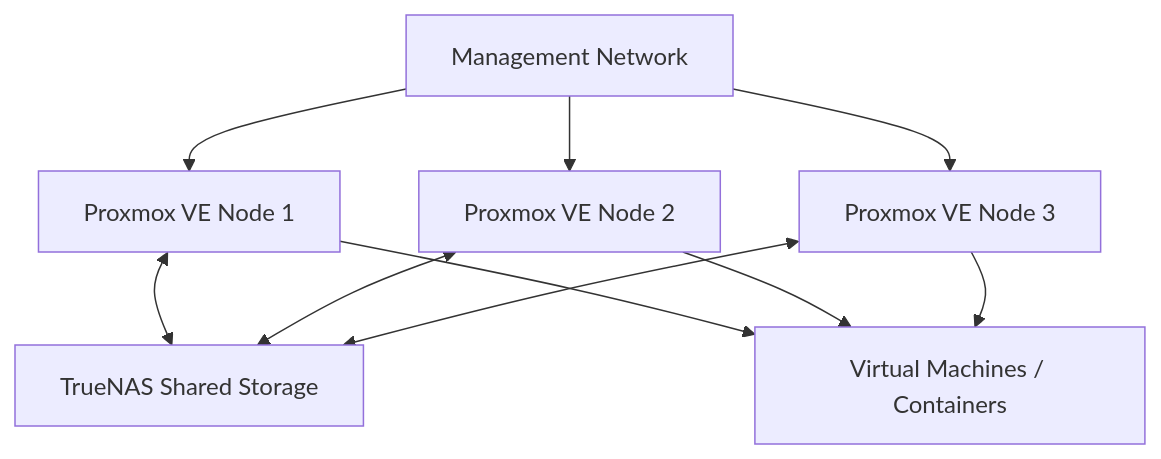
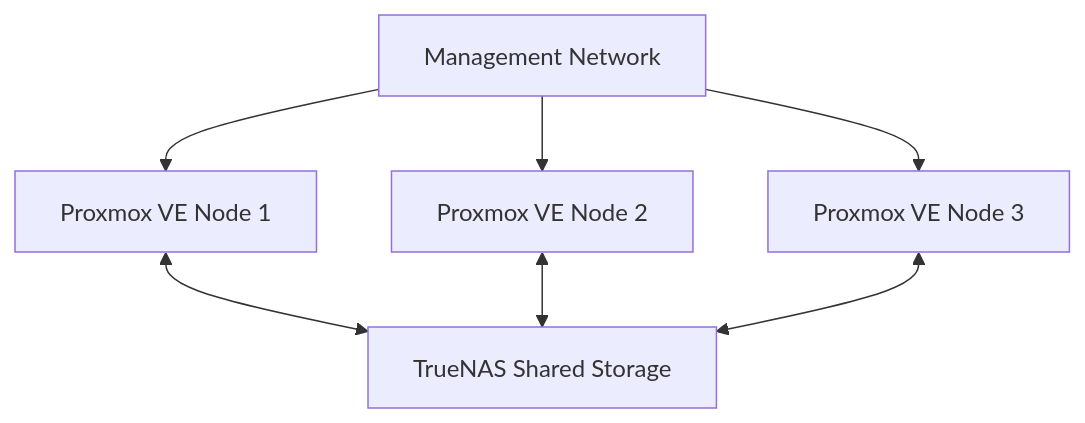
One commit to cartesi0/proxmox-ha-homelab changed the diagram in docs/architecture.md. Above: the diagram before and after it, drawn with Mermaid. The commit also changed other lines of this file, not shown here.

Commit message:
Improve architecture documentation and visuals

````diff
--- a/docs/architecture.md
+++ b/docs/architecture.md
@@ -11,25 +22,16 @@
 ```mermaid
 flowchart TD
-
     LAN[Management Network]
-
     PVE1[Proxmox VE Node 1]
     PVE2[Proxmox VE Node 2]
     PVE3[Proxmox VE Node 3]
-
     STORAGE[TrueNAS Shared Storage]
-
-    VM[Virtual Machines / Containers]
 
     LAN --> PVE1
     LAN --> PVE2
     LAN --> PVE3
 
     PVE1 <--> STORAGE
     PVE2 <--> STORAGE
     PVE3 <--> STORAGE
-
-    PVE1 --> VM
-    PVE2 --> VM
-    PVE3 --> VM
 ```
````
